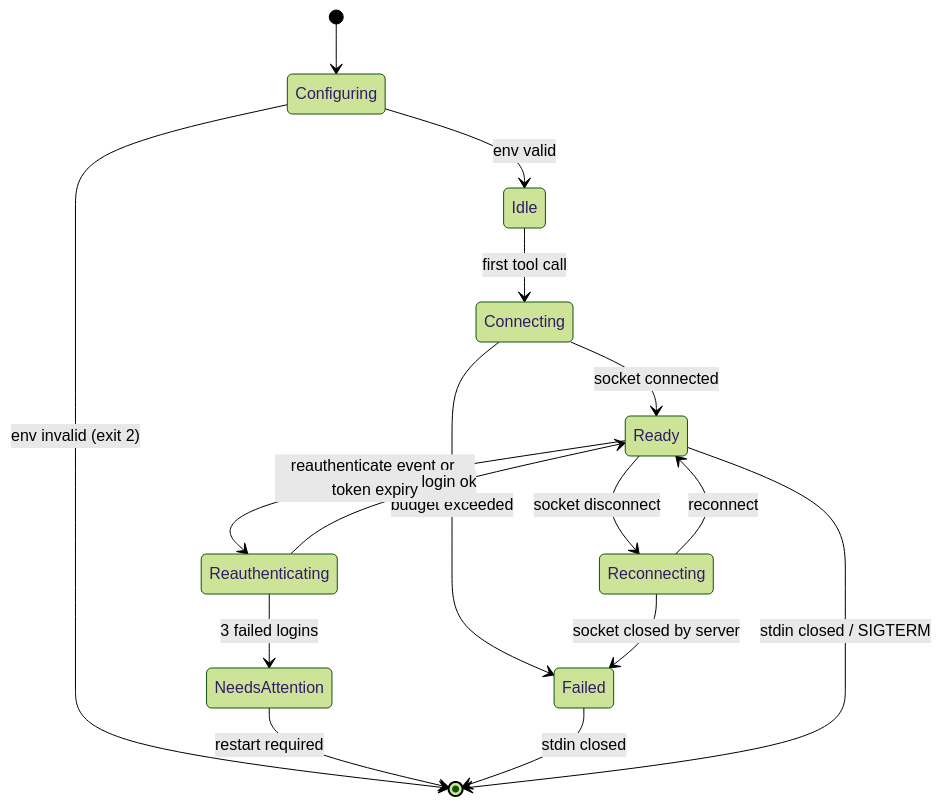
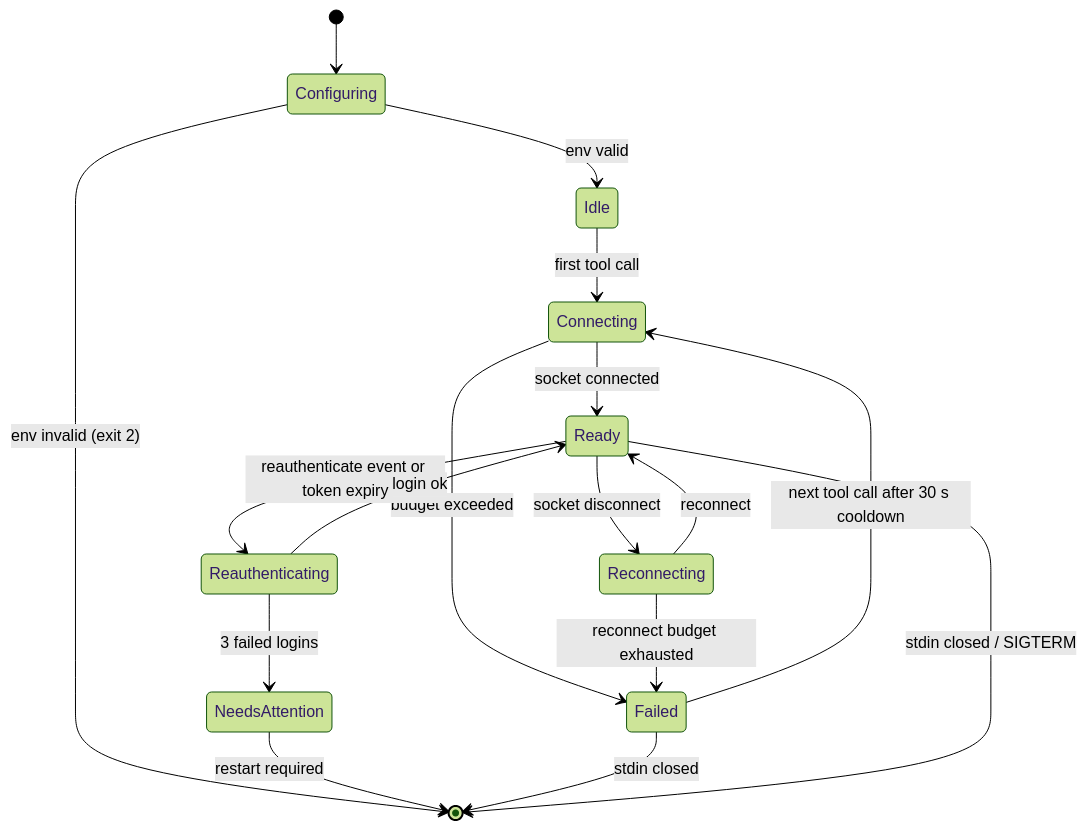
One commit to nokxs/iobroker-javascript-vs-code-extension changed the diagram in doc/mcp-server.md. Above: the diagram before and after it, drawn with Mermaid (forest theme). The commit also changed other lines of this file, not shown here.

Commit message:
Address independent design review: remote tool set, SDK facts, service wiring

````diff
--- a/doc/mcp-server.md
+++ b/doc/mcp-server.md
@@ -506,18 +544,19 @@
 ```mermaid
 stateDiagram-v2
     [*] --> Configuring
     Configuring --> Idle: env valid
     Configuring --> [*]: env invalid (exit 2)
     Idle --> Connecting: first tool call
     Connecting --> Ready: socket connected
     Connecting --> Failed: budget exceeded
     Ready --> Reauthenticating: reauthenticate event or token expiry
     Reauthenticating --> Ready: login ok
     Reauthenticating --> NeedsAttention: 3 failed logins
     Ready --> Reconnecting: socket disconnect
     Reconnecting --> Ready: reconnect
-    Reconnecting --> Failed: socket closed by server
+    Reconnecting --> Failed: reconnect budget exhausted
     NeedsAttention --> [*]: restart required
+    Failed --> Connecting: next tool call after 30 s cooldown
     Failed --> [*]: stdin closed
     Ready --> [*]: stdin closed / SIGTERM
 ```
````
